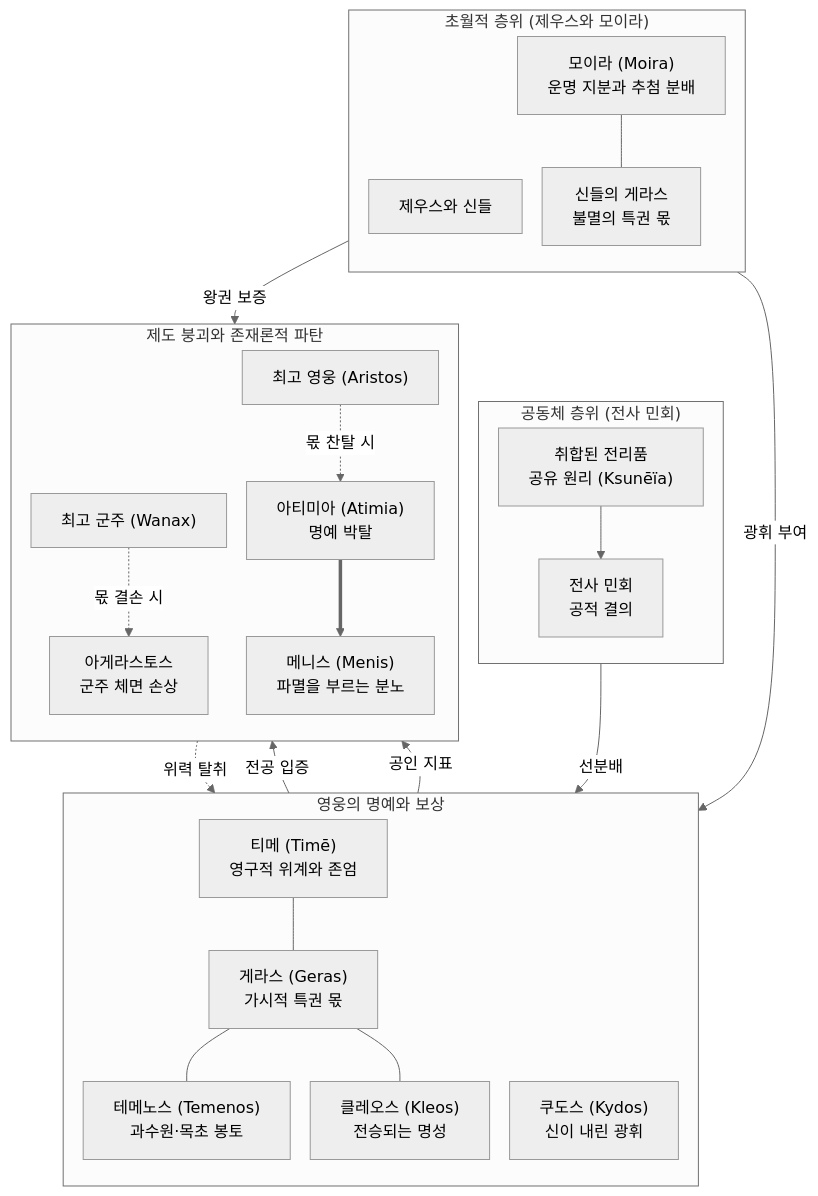
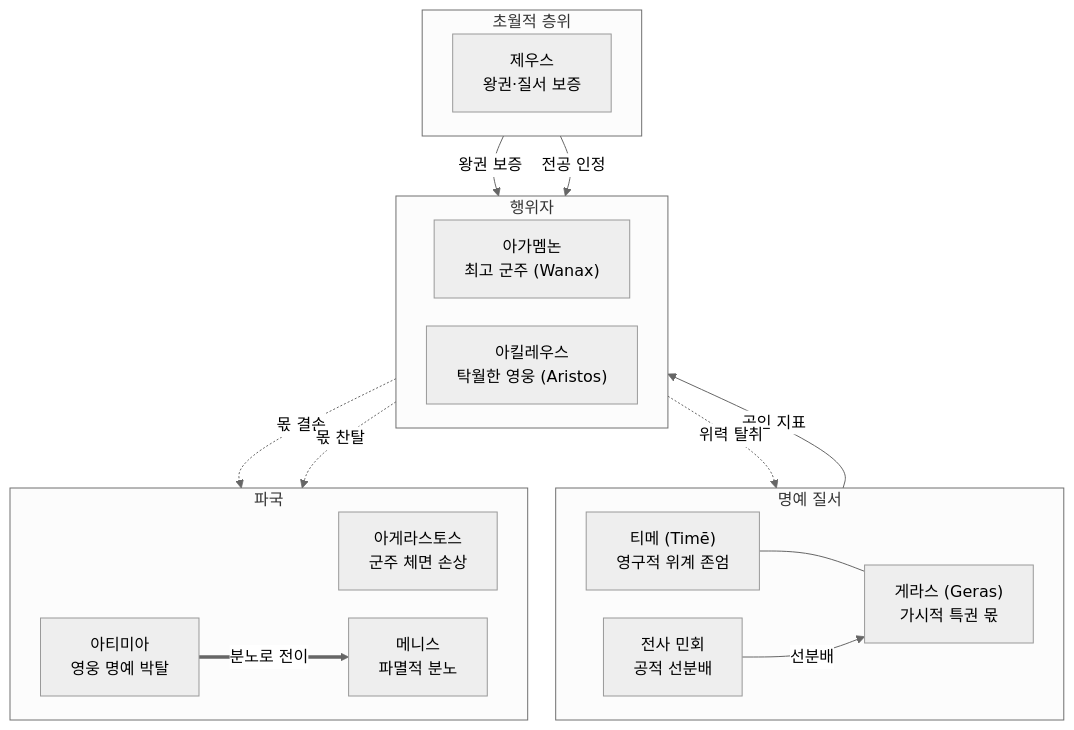
One commit to YgHnSIM/Homer_wiki changed the diagram in wiki/concepts/concept-geras.md. Above: the diagram before and after it, drawn with Mermaid (neutral theme). The commit also changed 1 other file, not shown here.

Commit message:
fix(concepts): concept-geras 상호작용망 Mermaid 가독성 재배치

````diff
--- a/wiki/concepts/concept-geras.md
+++ b/wiki/concepts/concept-geras.md
@@ -170,51 +170,38 @@
 ```mermaid
-%%{init: {'flowchart': {'useMaxWidth': true, 'nodeSpacing': 20, 'rankSpacing': 28}}}%%
+%%{init: {'flowchart': {'useMaxWidth': true, 'nodeSpacing': 28, 'rankSpacing': 36}}}%%
 flowchart TD
-    subgraph Divine_Order ["초월적 층위 (제우스와 모이라)"]
-        direction TB
-        Zeus["제우스와 신들"]
-        Moira["모이라 (Moira)<br/>운명 지분과 추첨 분배"]
-        DivineGeras["신들의 게라스<br/>불멸의 특권 몫"]
+    subgraph Divine ["초월적 층위"]
+        direction LR
+        Zeus["제우스<br/>왕권·질서 보증"]
     end
 
-    subgraph Assembly ["공동체 층위 (전사 민회)"]
-        direction TB
-        Ksunēïa["취합된 전리품<br/>공유 원리 (Ksunēïa)"]
-        Council["전사 민회<br/>공적 결의"]
+    subgraph Order ["명예 질서"]
+        direction LR
+        Time["티메 (Timē)<br/>영구적 위계 존엄"]
+        Geras["게라스 (Geras)<br/>가시적 특권 몫"]:::focus
+        Council["전사 민회<br/>공적 선분배"]
+        Time --- Geras
+        Council -->|"선분배"| Geras
     end
 
-    subgraph Heroic_Status ["영웅의 명예와 보상"]
-        direction TB
-        Time["티메 (Timē)<br/>영구적 위계와 존엄"]
-        Geras["게라스 (Geras)<br/>가시적 특권 몫"]:::focus
-        Temenos["테메노스 (Temenos)<br/>과수원·목초 봉토"]
-        Kydos["쿠도스 (Kydos)<br/>신이 내린 광휘"]
-        Kleos["클레오스 (Kleos)<br/>전승되는 명성"]
+    subgraph Actors ["행위자"]
+        direction LR
+        King["아가멤논<br/>최고 군주 (Wanax)"]
+        Hero["아킬레우스<br/>탁월한 영웅 (Aristos)"]
     end
 
-    subgraph Crisis_Rupture ["제도 붕괴와 존재론적 파탄"]
-        direction TB
-        Agamemnon["최고 군주 (Wanax)"]
-        Achilles["최고 영웅 (Aristos)"]
-        Agerastos["아게라스토스<br/>군주 체면 손상"]
-        Atimia["아티미아 (Atimia)<br/>명예 박탈"]:::crisis
-        Menis["메니스 (Menis)<br/>파멸을 부르는 분노"]:::crisis
+    subgraph Fall ["파국"]
+        direction LR
+        Agerastos["아게라스토스<br/>군주 체면 손상"]:::crisis
+        Atimia["아티미아<br/>영웅 명예 박탈"]:::crisis
+        Menis["메니스<br/>파멸적 분노"]:::crisis
     end
 
-    Zeus -->|"왕권 보증"| Agamemnon
-    Zeus -->|"광휘 부여"| Kydos
-    Kydos -->|"전공 입증"| Achilles
-
-    Ksunēïa --> Council
-    Council -->|"선분배"| Geras
-    Geras -->|"공인 지표"| Achilles
-    Time --- Geras
-    Geras --- Temenos
-    Geras --- Kleos
-    Moira --- DivineGeras
-
-    Agamemnon -.->|"위력 탈취"| Geras
-    Agamemnon -.->|"몫 결손 시"| Agerastos
-    Achilles -.->|"몫 찬탈 시"| Atimia
-    Atimia ==> Menis
+    Zeus -->|"왕권 보증"| King
+    Zeus -->|"전공 인정"| Hero
+    Geras -->|"공인 지표"| Hero
+    King -.->|"위력 탈취"| Geras
+    King -.->|"몫 결손"| Agerastos
+    Hero -.->|"몫 찬탈"| Atimia
+    Atimia ==>|"분노로 전이"| Menis
 ```
````
